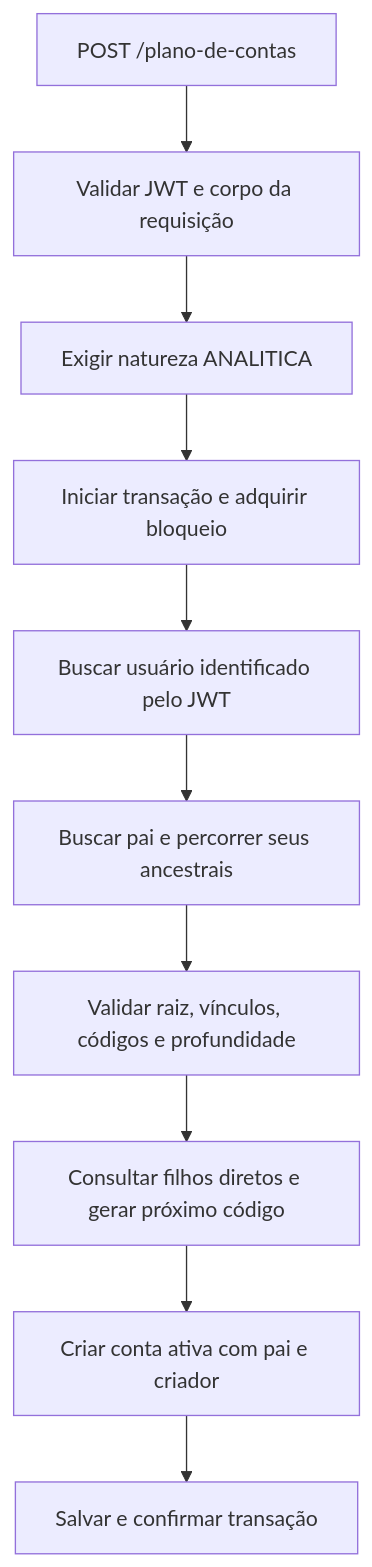
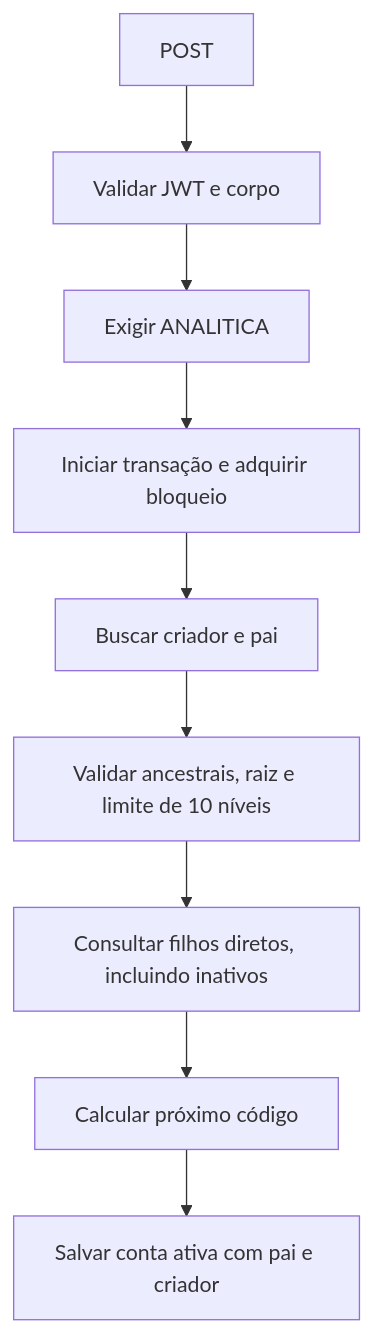
Before and after one commit to AndreLuizdeLima/Projeto-Financeiro-FullStack: the first of 2 diagrams in backend/docs/plano-de-contas.md, drawn with Mermaid. The commit also changed other lines of this file and 7 other files, not shown here.

````diff
--- a/backend/docs/plano-de-contas.md
+++ b/backend/docs/plano-de-contas.md
@@ -128,12 +121,11 @@
 ```mermaid
 flowchart TD
-    A[POST /plano-de-contas] --> B[Validar JWT e corpo da requisição]
-    B --> C[Exigir natureza ANALITICA]
+    A[POST] --> B[Validar JWT e corpo]
+    B --> C[Exigir ANALITICA]
     C --> D[Iniciar transação e adquirir bloqueio]
-    D --> E[Buscar usuário identificado pelo JWT]
-    E --> F[Buscar pai e percorrer seus ancestrais]
-    F --> G[Validar raiz, vínculos, códigos e profundidade]
-    G --> H[Consultar filhos diretos e gerar próximo código]
-    H --> I[Criar conta ativa com pai e criador]
-    I --> J[Salvar e confirmar transação]
+    D --> E[Buscar criador e pai]
+    E --> F[Validar ancestrais, raiz e limite de 10 níveis]
+    F --> G[Consultar filhos diretos, incluindo inativos]
+    G --> H[Calcular próximo código]
+    H --> I[Salvar conta ativa com pai e criador]
 ```
````
